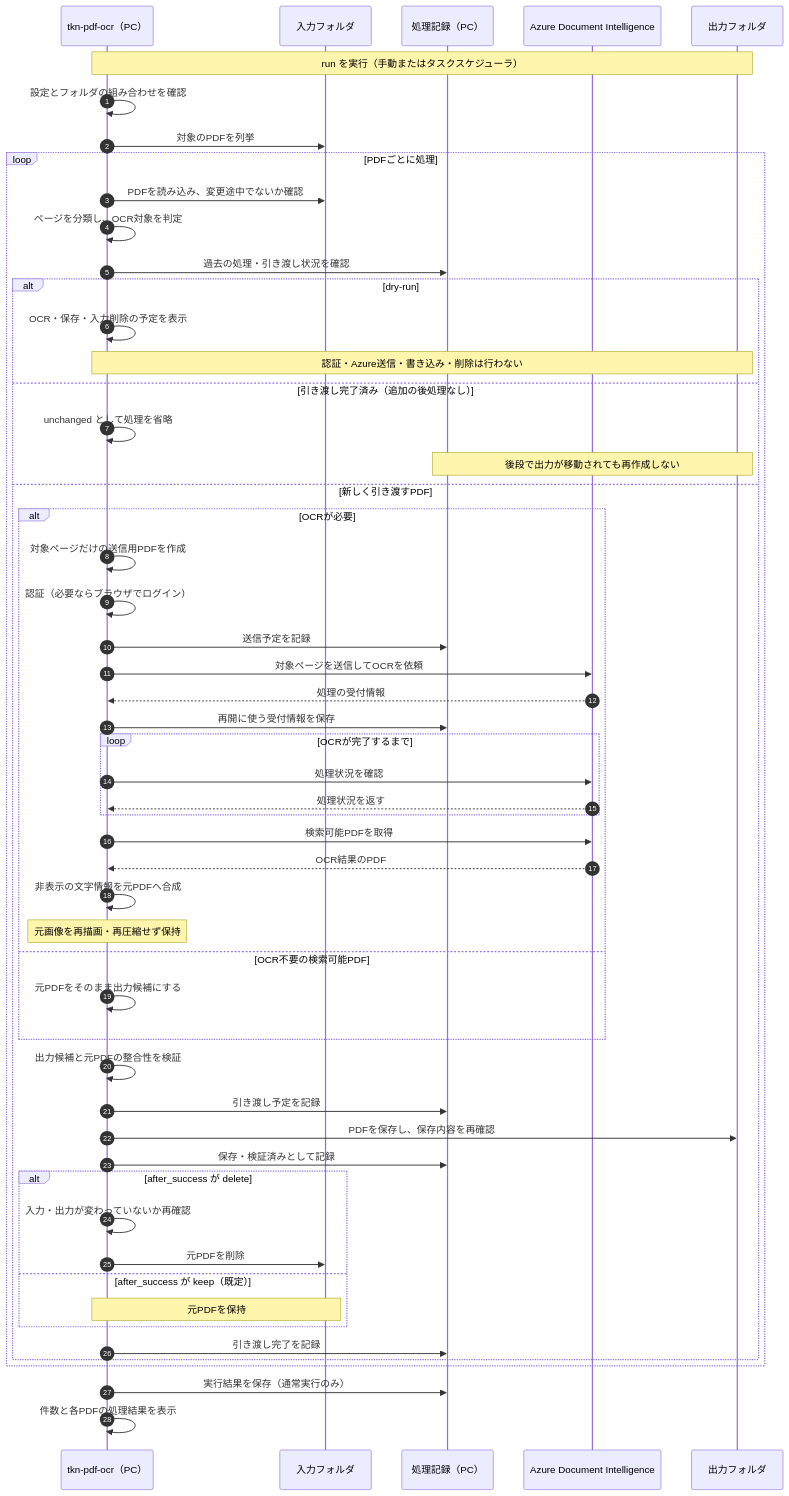
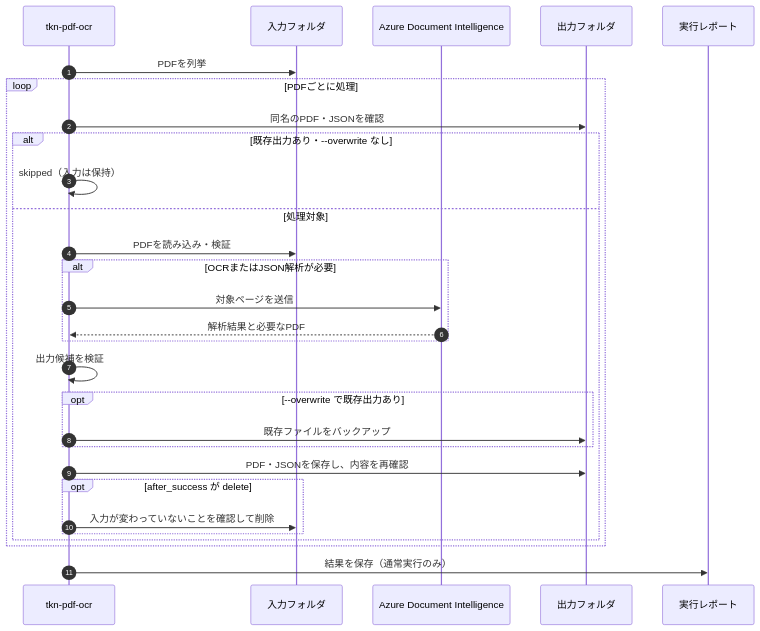
Before and after one commit to tuckn/tkn_pdf_ocr_pipeline: the diagram in README.md, drawn with Mermaid. The commit also changed other lines of this file and 16 other files, not shown here.

First line of the commit message:
Refactor PDF OCR pipeline: Remove queues module, update configuration, and enhance test cases

````diff
--- a/README.md
+++ b/README.md
@@ -22,57 +24,32 @@
 ```mermaid
 sequenceDiagram
     autonumber
-    participant CLI as tkn-pdf-ocr（PC）
+    participant CLI as tkn-pdf-ocr
     participant Input as 入力フォルダ
-    participant State as 処理記録（PC）
     participant Azure as Azure Document Intelligence
     participant Output as 出力フォルダ
+    participant Report as 実行レポート
 
-    Note over CLI,Output: run を実行（手動またはタスクスケジューラ）
-    CLI->>CLI: 設定とフォルダの組み合わせを確認
-    CLI->>Input: 対象のPDFを列挙
+    CLI->>Input: PDFを列挙
     loop PDFごとに処理
-        CLI->>Input: PDFを読み込み、変更途中でないか確認
-        CLI->>CLI: ページを分類し、OCR対象を判定
-        CLI->>State: 過去の処理・引き渡し状況を確認
-        alt dry-run
-            CLI->>CLI: OCR・保存・入力削除の予定を表示
-            Note over CLI,Output: 認証・Azure送信・書き込み・削除は行わない
-        else 引き渡し完了済み（追加の後処理なし）
-            CLI->>CLI: unchanged として処理を省略
-            Note over State,Output: 後段で出力が移動されても再作成しない
-        else 新しく引き渡すPDF
-            alt OCRが必要
-                CLI->>CLI: 対象ページだけの送信用PDFを作成
-                CLI->>CLI: 認証（必要ならブラウザでログイン）
-                CLI->>State: 送信予定を記録
-                CLI->>Azure: 対象ページを送信してOCRを依頼
-                Azure-->>CLI: 処理の受付情報
-                CLI->>State: 再開に使う受付情報を保存
-                loop OCRが完了するまで
-                    CLI->>Azure: 処理状況を確認
-                    Azure-->>CLI: 処理状況を返す
-                end
-                CLI->>Azure: 検索可能PDFを取得
-                Azure-->>CLI: OCR結果のPDF
-                CLI->>CLI: 非表示の文字情報を元PDFへ合成
-                Note over CLI: 元画像を再描画・再圧縮せず保持
-            else OCR不要の検索可能PDF
-                CLI->>CLI: 元PDFをそのまま出力候補にする
+        CLI->>Output: 同名のPDF・JSONを確認
+        alt 既存出力あり・--overwrite なし
+            CLI->>CLI: skipped（入力は保持）
+        else 処理対象
+            CLI->>Input: PDFを読み込み・検証
+            alt OCRまたはJSON解析が必要
+                CLI->>Azure: 対象ページを送信
+                Azure-->>CLI: 解析結果と必要なPDF
             end
-            CLI->>CLI: 出力候補と元PDFの整合性を検証
-            CLI->>State: 引き渡し予定を記録
-            CLI->>Output: PDFを保存し、保存内容を再確認
-            CLI->>State: 保存・検証済みとして記録
-            alt after_success が delete
-                CLI->>CLI: 入力・出力が変わっていないか再確認
-                CLI->>Input: 元PDFを削除
-            else after_success が keep（既定）
-                Note over CLI,Input: 元PDFを保持
+            CLI->>CLI: 出力候補を検証
+            opt --overwrite で既存出力あり
+                CLI->>Output: 既存ファイルをバックアップ
             end
-            CLI->>State: 引き渡し完了を記録
+            CLI->>Output: PDF・JSONを保存し、内容を再確認
+            opt after_success が delete
+                CLI->>Input: 入力が変わっていないことを確認して削除
+            end
         end
     end
-    CLI->>State: 実行結果を保存（通常実行のみ）
-    CLI->>CLI: 件数と各PDFの処理結果を表示
+    CLI->>Report: 結果を保存（通常実行のみ）
 ```
````
